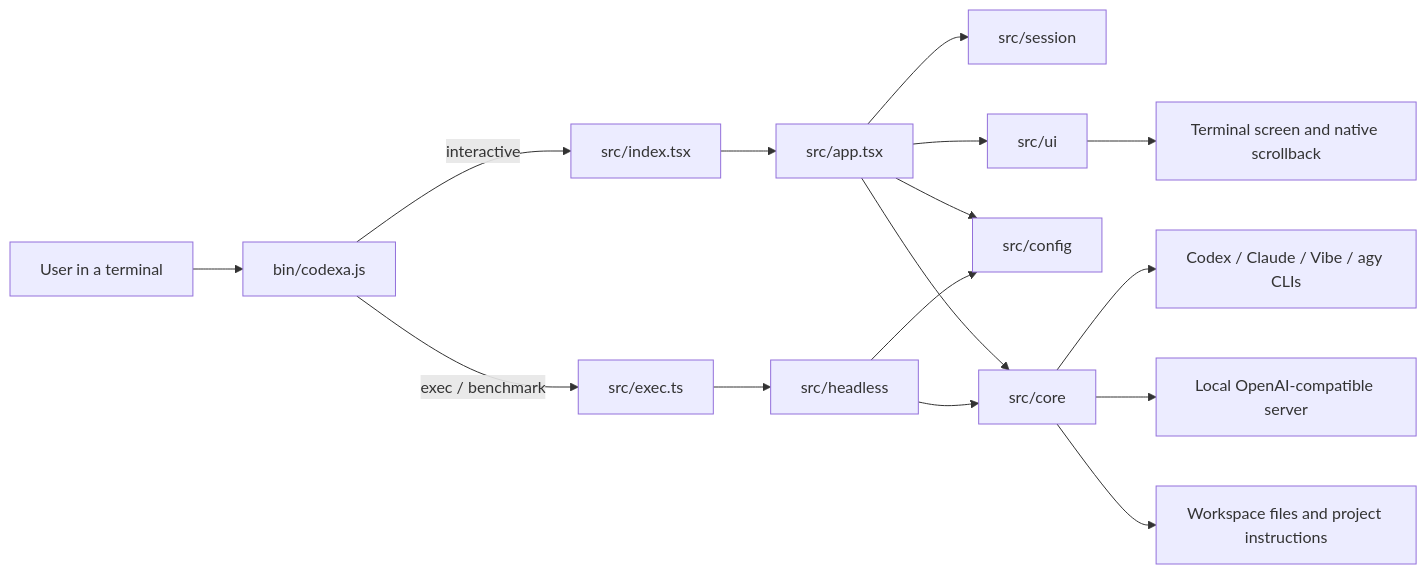
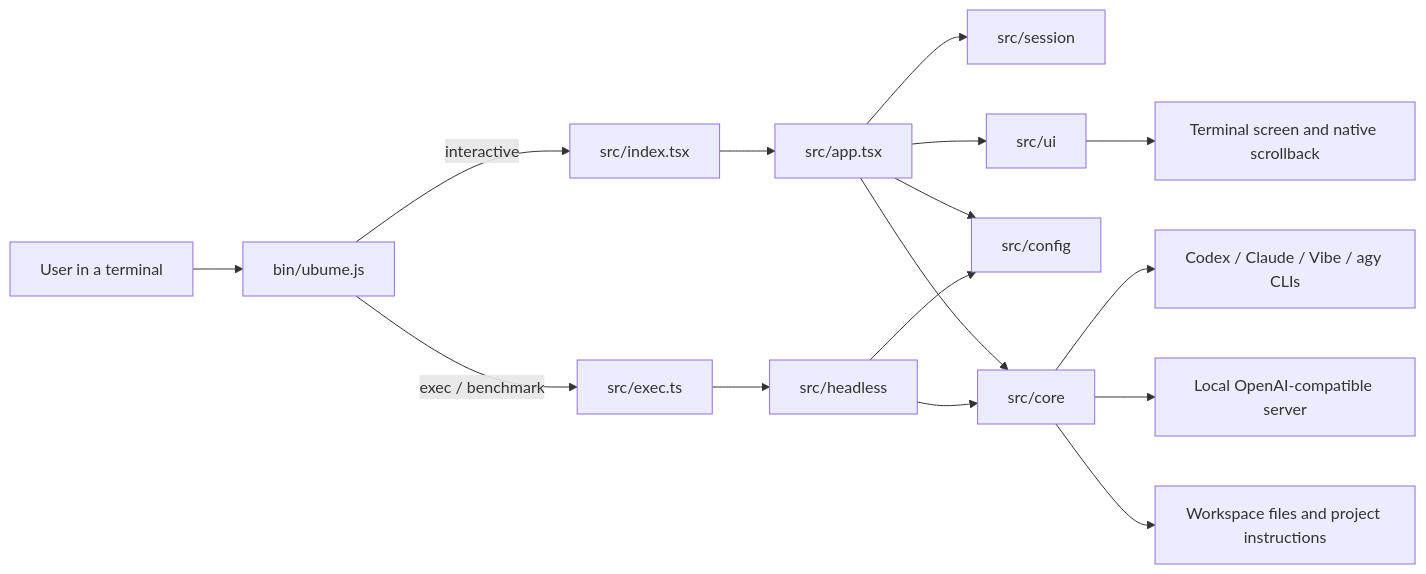
Before and after one commit to golba98/Ubume: the second of 9 diagrams in docs/ARCHITECTURE.md, drawn with Mermaid. The commit also changed other lines of this file and 188 other files, not shown here.

````diff
--- a/docs/ARCHITECTURE.md
+++ b/docs/ARCHITECTURE.md
@@ -56,21 +56,21 @@
 ```mermaid
 flowchart LR
-  User[User in a terminal] --> Launcher[bin/codexa.js]
+  User[User in a terminal] --> Launcher[bin/ubume.js]
   Launcher -->|interactive| Entry[src/index.tsx]
   Launcher -->|exec / benchmark| Exec[src/exec.ts]
 
   Entry --> App[src/app.tsx]
   App --> Session[src/session]
   App --> UI[src/ui]
   App --> Config[src/config]
   App --> Core[src/core]
 
   Exec --> Headless[src/headless]
   Headless --> Config
   Headless --> Core
 
   Core --> ProviderCLIs[Codex / Claude / Vibe / agy CLIs]
   Core --> LocalServer[Local OpenAI-compatible server]
   Core --> Workspace[Workspace files and project instructions]
   UI --> Terminal[Terminal screen and native scrollback]
 ```
````
